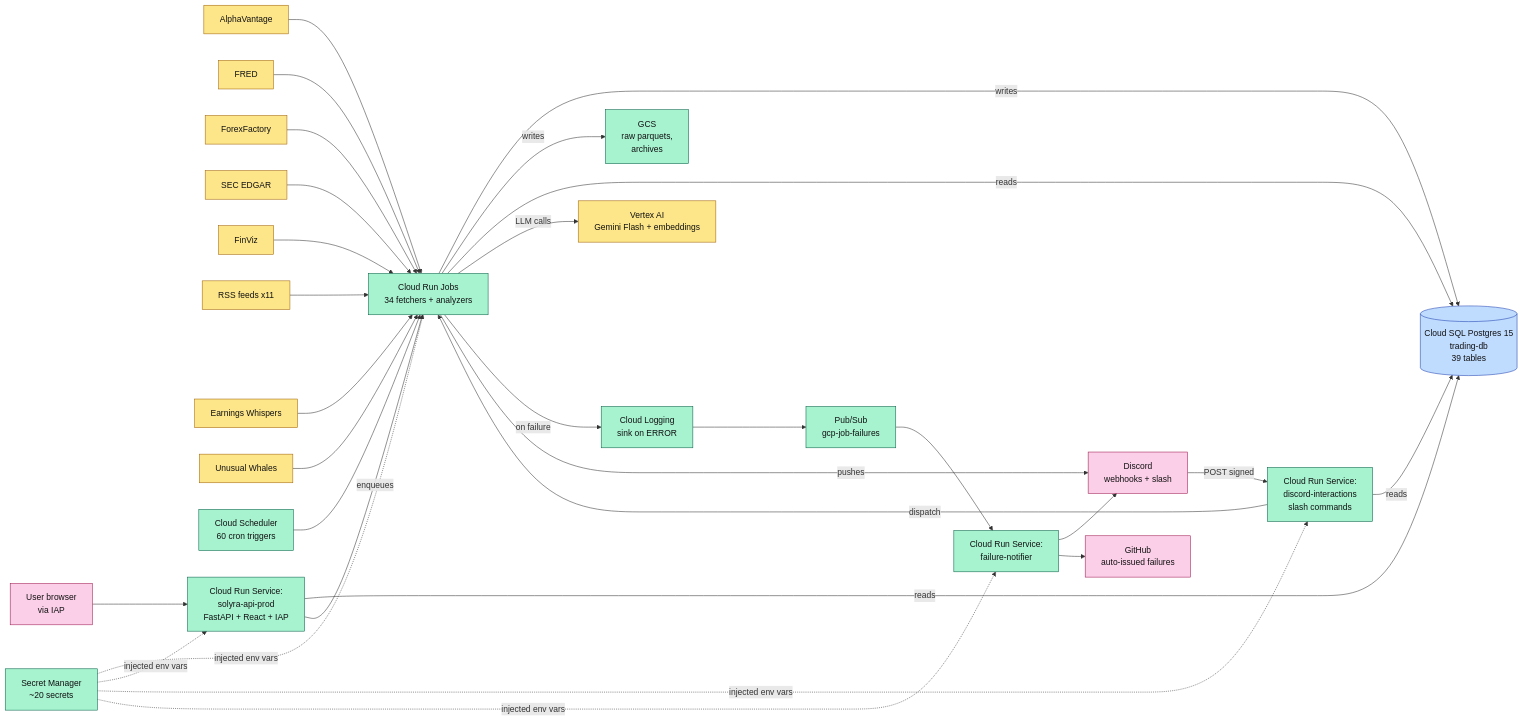
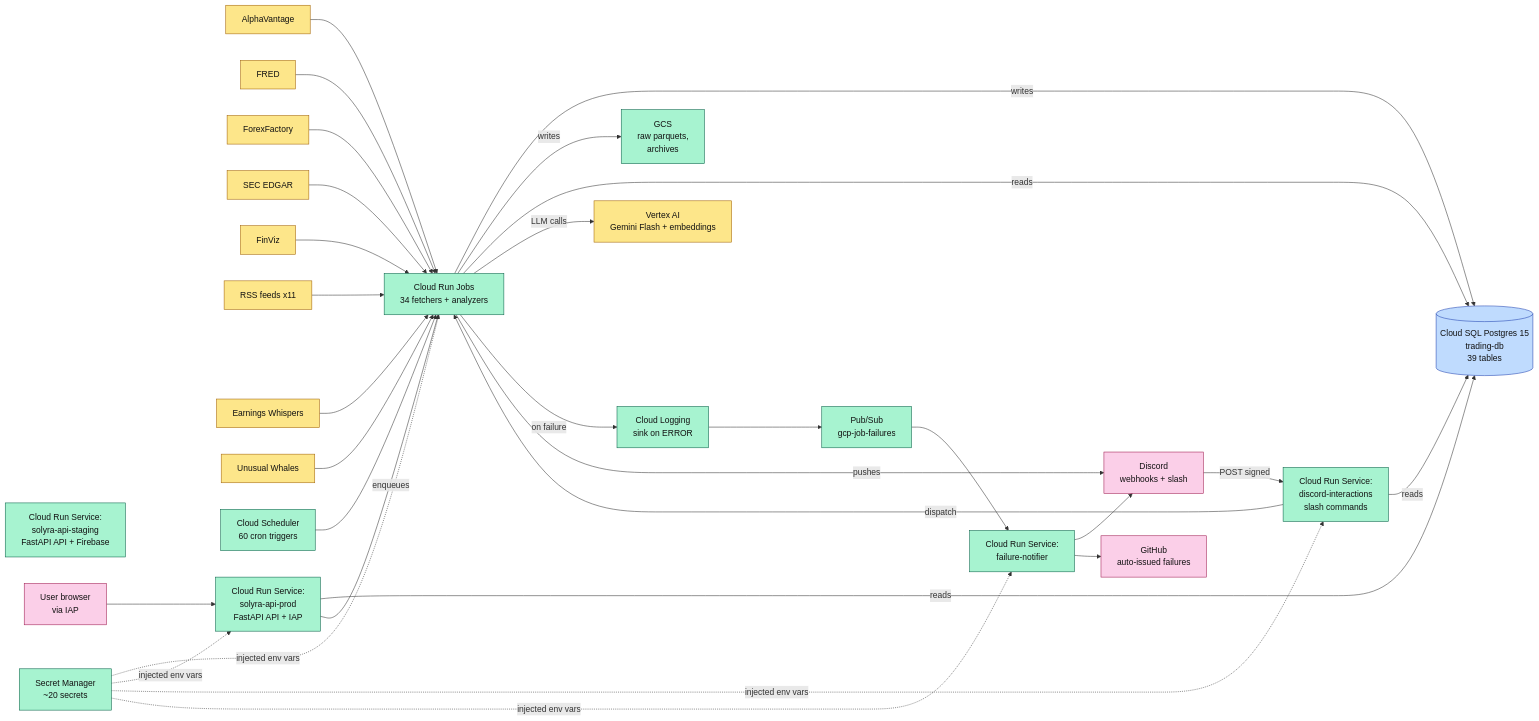
Before and after one commit to TeneikaAskew/stocks: the first of 9 diagrams in docs/GCP_ARCHITECTURE.md, drawn with Mermaid. The commit also changed other lines of this file and 3 other files, not shown here.

First line of the commit message:
docs: reconcile security and architecture docs with the rebuilt deploy path

````diff
--- a/docs/GCP_ARCHITECTURE.md
+++ b/docs/GCP_ARCHITECTURE.md
@@ -52,56 +52,57 @@
 ```mermaid
 flowchart LR
     classDef ext fill:#fde68a,stroke:#a16207,color:#111
     classDef gcp fill:#a7f3d0,stroke:#065f46,color:#111
     classDef db  fill:#bfdbfe,stroke:#1e40af,color:#111
     classDef out fill:#fbcfe8,stroke:#9d174d,color:#111
 
     AV[AlphaVantage]:::ext
     FRED[FRED]:::ext
     FF[ForexFactory]:::ext
     EDGAR[SEC EDGAR]:::ext
     FV[FinViz]:::ext
     RSS[RSS feeds x11]:::ext
     EW[Earnings Whispers]:::ext
     UW[Unusual Whales]:::ext
 
     SCH[Cloud Scheduler<br/>60 cron triggers]:::gcp
     JOBS[Cloud Run Jobs<br/>34 fetchers + analyzers]:::gcp
-    SVC1[Cloud Run Service:<br/>solyra-api-prod<br/>FastAPI + React + IAP]:::gcp
+    SVC1[Cloud Run Service:<br/>solyra-api-prod<br/>FastAPI API + IAP]:::gcp
+    SVC1S[Cloud Run Service:<br/>solyra-api-staging<br/>FastAPI API + Firebase]:::gcp
     SVC2[Cloud Run Service:<br/>discord-interactions<br/>slash commands]:::gcp
     SVC3[Cloud Run Service:<br/>failure-notifier]:::gcp
     GCS[GCS<br/>raw parquets,<br/>archives]:::gcp
     SQL[(Cloud SQL Postgres 15<br/>trading-db<br/>39 tables)]:::db
     SECR[Secret Manager<br/>~20 secrets]:::gcp
     PS[Pub/Sub<br/>gcp-job-failures]:::gcp
     LG[Cloud Logging<br/>sink on ERROR]:::gcp
     VAI[Vertex AI<br/>Gemini Flash + embeddings]:::ext
 
     DSC[Discord<br/>webhooks + slash]:::out
     GH[GitHub<br/>auto-issued failures]:::out
     USR[User browser<br/>via IAP]:::out
 
     AV & FRED & FF & EDGAR & FV & RSS & EW & UW --> JOBS
     SCH --> JOBS
     JOBS -- writes --> SQL
     JOBS -- writes --> GCS
     JOBS -- reads --> SQL
     JOBS -- LLM calls --> VAI
 
     USR --> SVC1
     SVC1 -- reads --> SQL
     SVC1 -- enqueues --> JOBS
 
     DSC -- POST signed --> SVC2
     SVC2 -- dispatch --> JOBS
     SVC2 -- reads --> SQL
 
     JOBS -- on failure --> LG
     LG --> PS
     PS --> SVC3
     SVC3 --> DSC
     SVC3 --> GH
 
     JOBS -- pushes --> DSC
     SECR -. injected env vars .-> JOBS & SVC1 & SVC2 & SVC3
 ```
````
